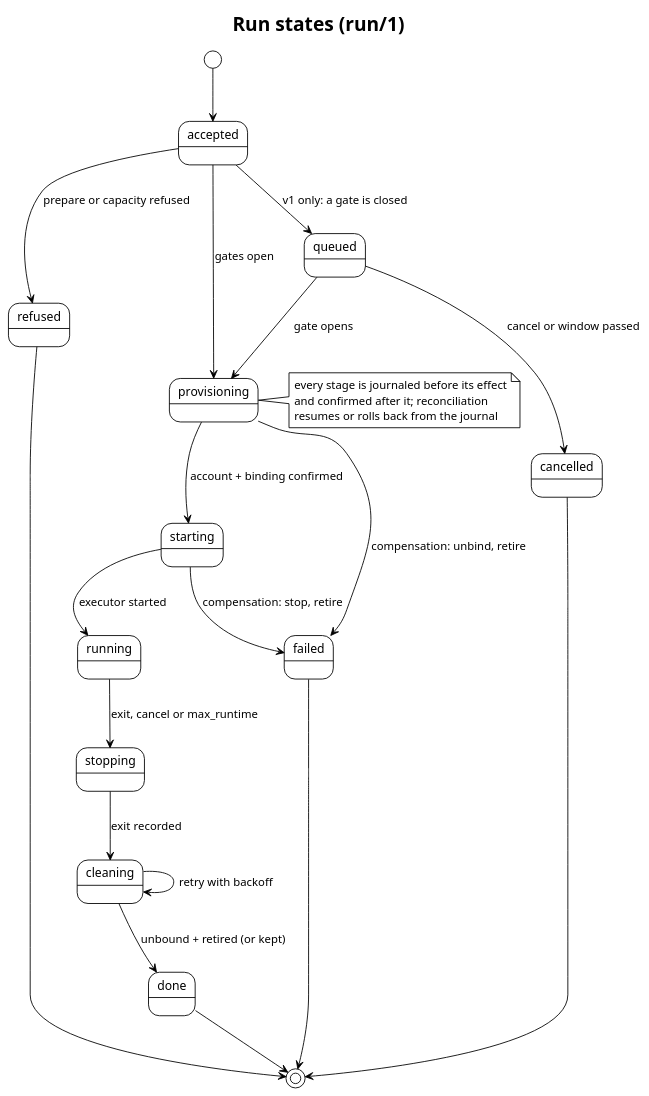
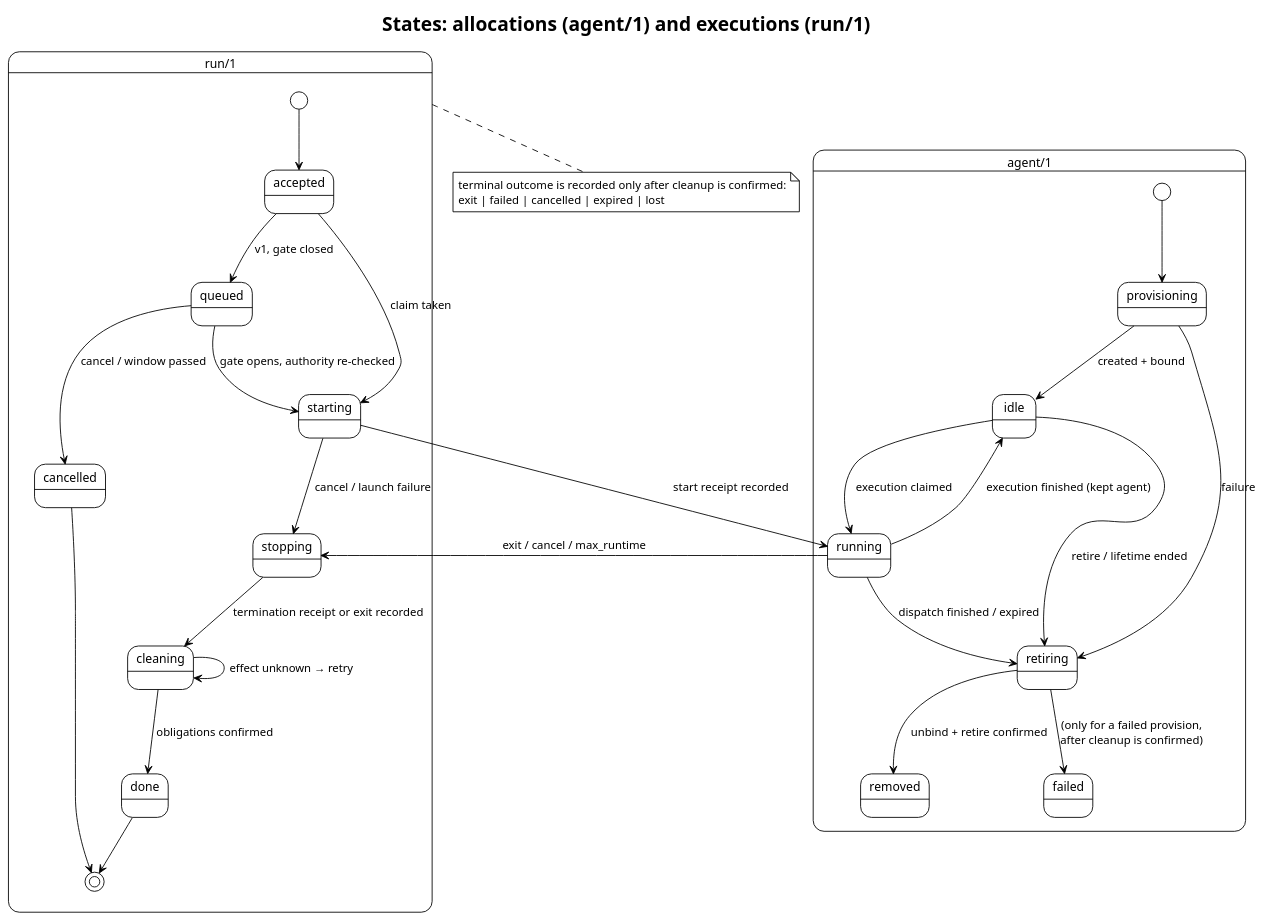
The diagram in diagrams/run-states.puml (relux-works/curator-dispatcher), drawn with PlantUML before and after one commit. The commit also changed 5 other files, not shown here.

First line of the commit message:
Revise the dispatcher after the architecture review (v0.2)

```diff
--- a/diagrams/run-states.puml
+++ b/diagrams/run-states.puml
@@ -1,28 +1,38 @@
 @startuml run-states
 !theme plain
-title Run states (run/1)
+title States: allocations (agent/1) and executions (run/1)
 
-[*] --> accepted
-accepted --> refused : prepare or capacity refused
-accepted --> provisioning : gates open
-accepted --> queued : v1 only: a gate is closed
-queued --> provisioning : gate opens
-queued --> cancelled : cancel or window passed
-provisioning --> starting : account + binding confirmed
-provisioning --> failed : compensation: unbind, retire
-starting --> running : executor started
-starting --> failed : compensation: stop, retire
-running --> stopping : exit, cancel or max_runtime
-stopping --> cleaning : exit recorded
-cleaning --> done : unbound + retired (or kept)
-cleaning --> cleaning : retry with backoff
-refused --> [*]
-failed --> [*]
-cancelled --> [*]
-done --> [*]
-note right of provisioning
-  every stage is journaled before its effect
-  and confirmed after it; reconciliation
-  resumes or rolls back from the journal
+state "agent/1" as A {
+  [*] --> provisioning
+  provisioning --> idle : created + bound
+  provisioning --> a_retiring : failure
+  idle --> running : execution claimed
+  running --> idle : execution finished (kept agent)
+  running --> a_retiring : dispatch finished / expired
+  idle --> a_retiring : retire / lifetime ended
+  state "retiring" as a_retiring
+  a_retiring --> removed : unbind + retire confirmed
+  a_retiring --> a_failed : (only for a failed provision,\nafter cleanup is confirmed)
+  state "failed" as a_failed
+}
+
+state "run/1" as R {
+  [*] --> accepted
+  accepted --> queued : v1, gate closed
+  queued --> starting : gate opens, authority re-checked
+  queued --> cancelled : cancel / window passed
+  accepted --> starting : claim taken
+  starting --> running : start receipt recorded
+  starting --> stopping : cancel / launch failure
+  running --> stopping : exit / cancel / max_runtime
+  stopping --> cleaning : termination receipt or exit recorded
+  cleaning --> done : obligations confirmed
+  cleaning --> cleaning : effect unknown → retry
+  done --> [*]
+  cancelled --> [*]
+}
+note bottom of R
+  terminal outcome is recorded only after cleanup is confirmed:
+  exit | failed | cancelled | expired | lost
 end note
 @enduml
```
